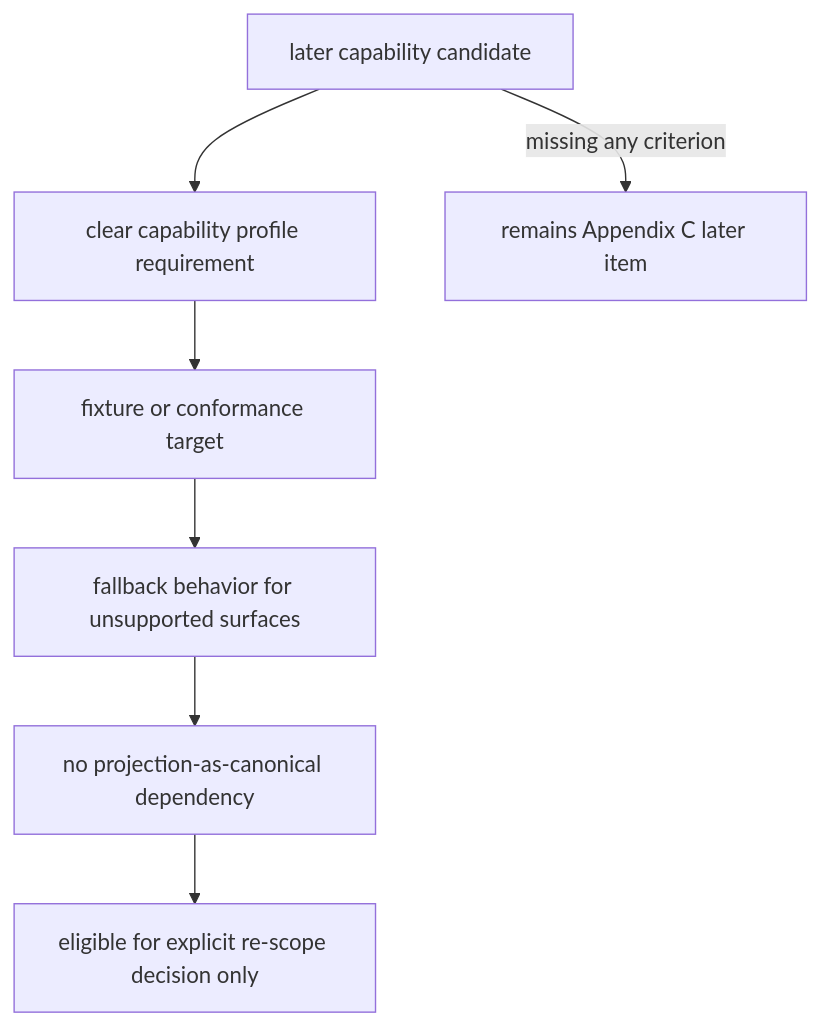
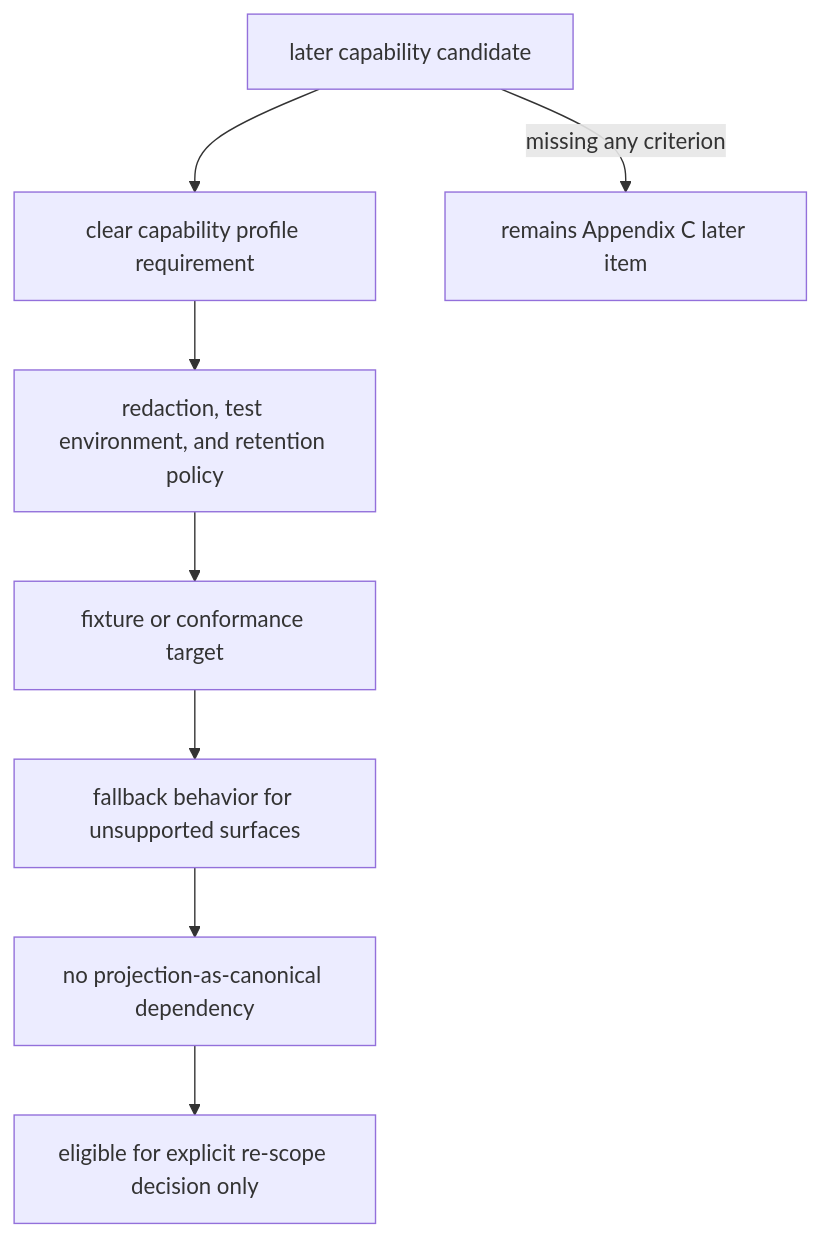
The second of 4 diagrams in docs/en/appendix/C-later-roadmap.md (minjungw00/Volicord), drawn with Mermaid before and after one commit. The commit also changed other lines of this file and 11 other files, not shown here.

````diff
--- a/docs/en/appendix/C-later-roadmap.md
+++ b/docs/en/appendix/C-later-roadmap.md
@@ -30,9 +32,10 @@
 ```mermaid
 flowchart TD
   Candidate["later capability candidate"] --> Profile["clear capability profile requirement"]
-  Profile --> Fixture["fixture or conformance target"]
+  Profile --> Policy["redaction, test environment, and retention policy"]
+  Policy --> Fixture["fixture or conformance target"]
   Fixture --> Fallback["fallback behavior for unsupported surfaces"]
   Fallback --> Projection["no projection-as-canonical dependency"]
   Projection --> Promote["eligible for explicit re-scope decision only"]
   Candidate -- "missing any criterion" --> Later["remains Appendix C later item"]
 ```
````
